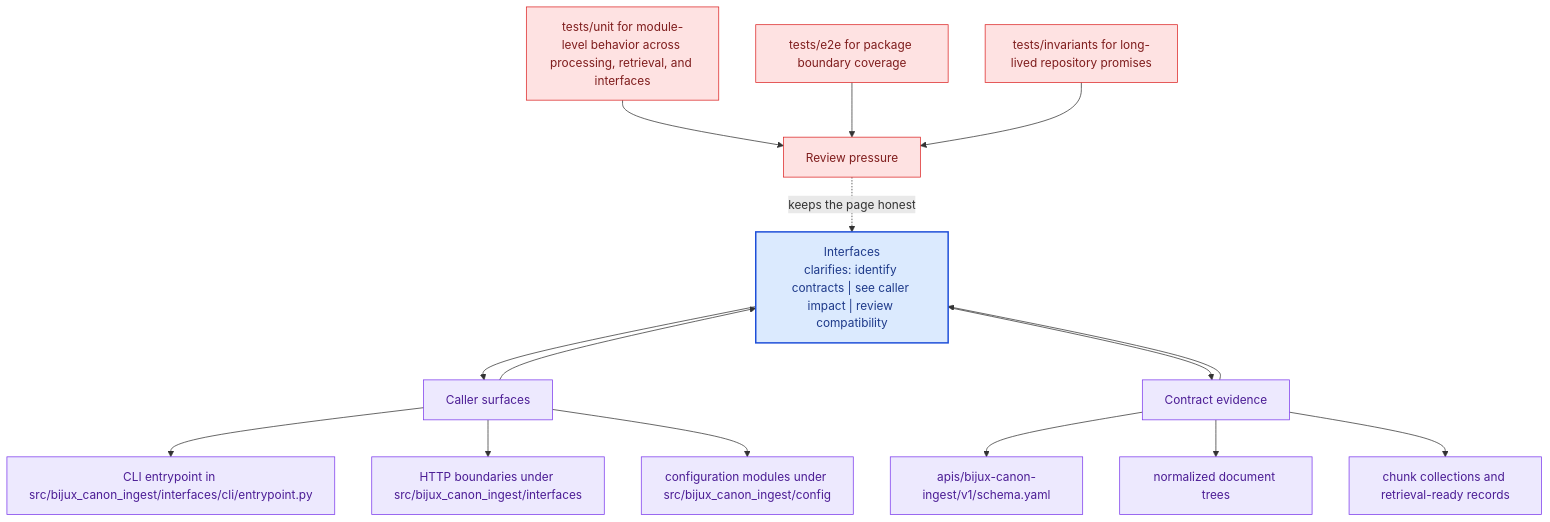
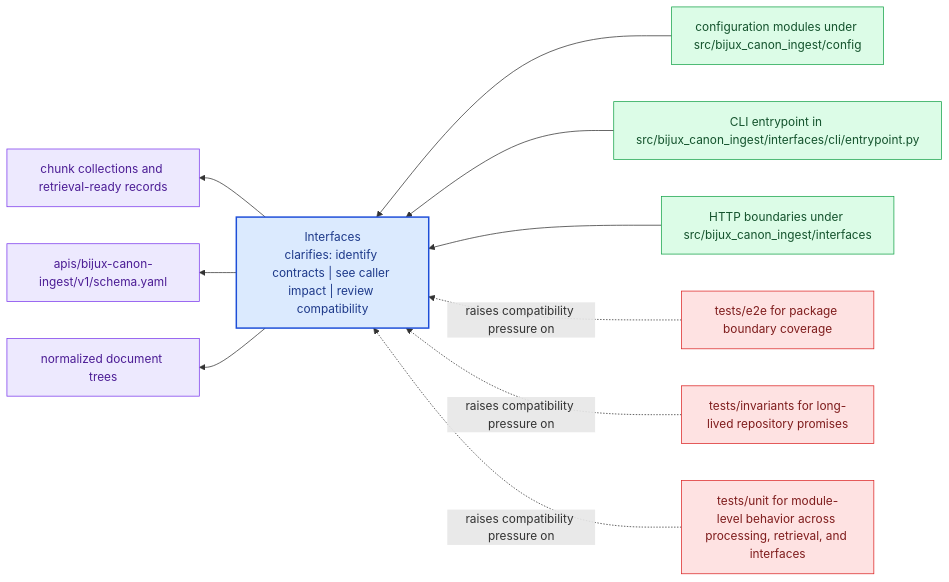
Before and after one commit to bijux/bijux-canon: the diagram in docs/bijux-canon-ingest/interfaces/index.md, drawn with Mermaid. The commit also changed other lines of this file and 281 other files, not shown here.

Commit message:
docs(diagrams): replace repeated mermaid scaffolds with page-specific summaries

````diff
--- a/docs/bijux-canon-ingest/interfaces/index.md
+++ b/docs/bijux-canon-ingest/interfaces/index.md
@@ -65,41 +20,31 @@
 ```mermaid
-flowchart TB
-    promise["Interfaces<br/>clarifies: identify contracts | see caller impact | review compatibility"]
-    classDef promise fill:#dbeafe,stroke:#1d4ed8,color:#1e3a8a,stroke-width:2px;
-    classDef driver fill:#dcfce7,stroke:#16a34a,color:#14532d;
-    classDef constraint fill:#fee2e2,stroke:#dc2626,color:#7f1d1d;
-    classDef ground fill:#ede9fe,stroke:#7c3aed,color:#4c1d95;
-    focus1["Caller surfaces"]
-    focus1 --> promise
-    promise --> focus1
-    focus1_1["CLI entrypoint in src/bijux_canon_ingest/interfaces/cli/entrypoint.py"]
-    focus1 --> focus1_1
-    focus1_2["HTTP boundaries under src/bijux_canon_ingest/interfaces"]
-    focus1 --> focus1_2
-    focus1_3["configuration modules under src/bijux_canon_ingest/config"]
-    focus1 --> focus1_3
-    class focus1 ground;
-    class focus1_1,focus1_2,focus1_3 ground;
-    focus2["Contract evidence"]
-    focus2 --> promise
-    promise --> focus2
-    focus2_1["apis/bijux-canon-ingest/v1/schema.yaml"]
-    focus2 --> focus2_1
-    focus2_2["normalized document trees"]
-    focus2 --> focus2_2
-    focus2_3["chunk collections and retrieval-ready records"]
-    focus2 --> focus2_3
-    class focus2 ground;
-    class focus2_1,focus2_2,focus2_3 ground;
-    focus3["Review pressure"]
-    focus3 -.keeps the page honest.-> promise
-    focus3_1["tests/unit for module-level behavior across processing, retrieval, and interfaces"]
-    focus3_1 --> focus3
-    focus3_2["tests/e2e for package boundary coverage"]
-    focus3_2 --> focus3
-    focus3_3["tests/invariants for long-lived repository promises"]
-    focus3_3 --> focus3
-    class focus3 constraint;
-    class focus3_1,focus3_2,focus3_3 constraint;
-    class promise promise;
+flowchart RL
+    page["Interfaces<br/>clarifies: identify contracts | see caller impact | review compatibility"]
+    classDef page fill:#dbeafe,stroke:#1d4ed8,color:#1e3a8a,stroke-width:2px;
+    classDef positive fill:#dcfce7,stroke:#16a34a,color:#14532d;
+    classDef caution fill:#fee2e2,stroke:#dc2626,color:#7f1d1d;
+    classDef anchor fill:#ede9fe,stroke:#7c3aed,color:#4c1d95;
+    classDef action fill:#fef3c7,stroke:#d97706,color:#7c2d12;
+    surface1["configuration modules under src/bijux_canon_ingest/config"]
+    surface1 --> page
+    surface2["CLI entrypoint in src/bijux_canon_ingest/interfaces/cli/entrypoint.py"]
+    surface2 --> page
+    surface3["HTTP boundaries under src/bijux_canon_ingest/interfaces"]
+    surface3 --> page
+    proof1["chunk collections and retrieval-ready records"]
+    page --> proof1
+    proof2["apis/bijux-canon-ingest/v1/schema.yaml"]
+    page --> proof2
+    proof3["normalized document trees"]
+    page --> proof3
+    review1["tests/e2e for package boundary coverage"]
+    review1 -.raises compatibility pressure on.-> page
+    review2["tests/invariants for long-lived repository promises"]
+    review2 -.raises compatibility pressure on.-> page
+    review3["tests/unit for module-level behavior across processing, retrieval, and interfaces"]
+    review3 -.raises compatibility pressure on.-> page
+    class page page;
+    class surface1,surface2,surface3 positive;
+    class proof1,proof2,proof3 anchor;
+    class review1,review2,review3 caution;
 ```
````
